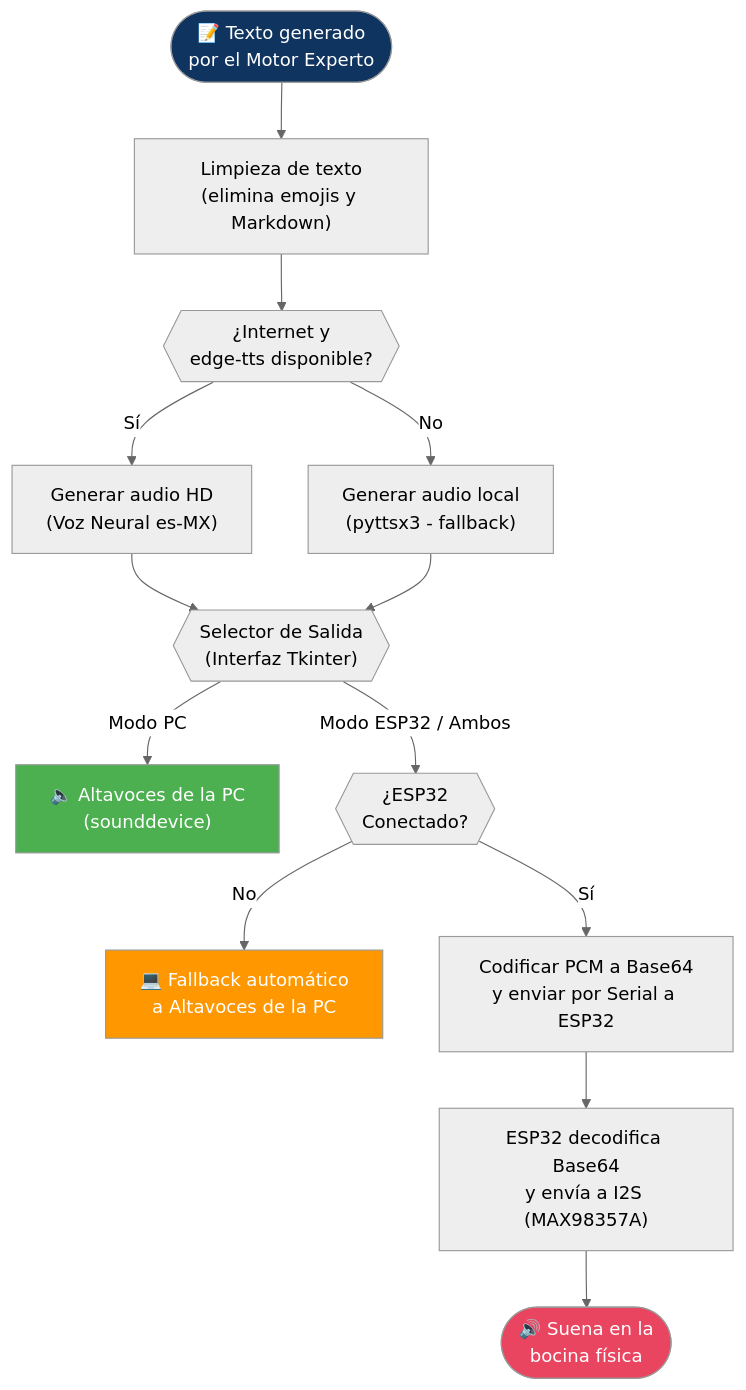
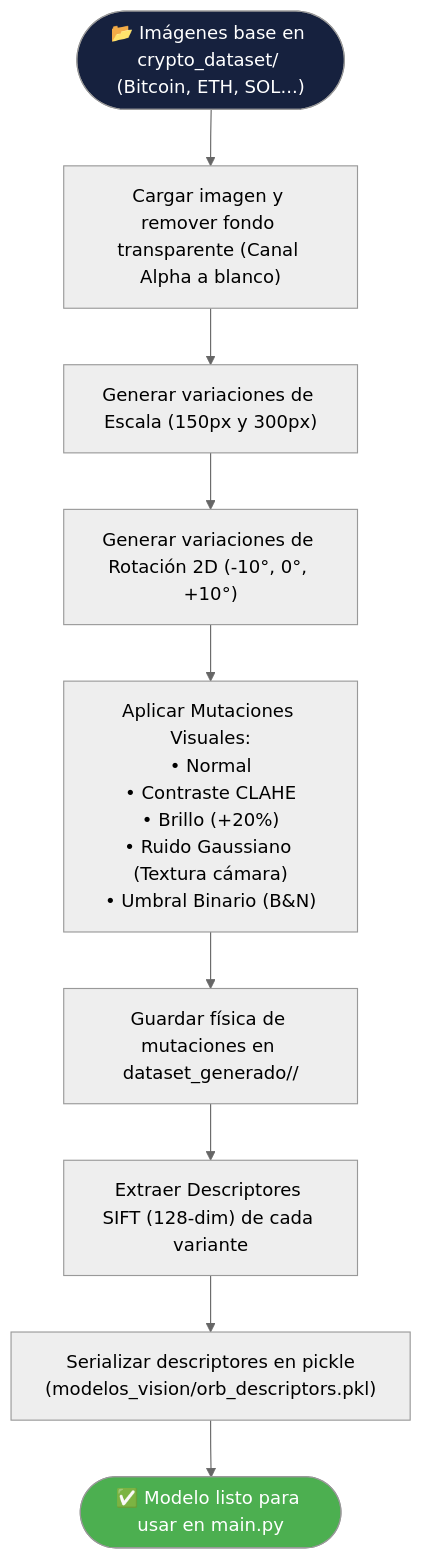
One commit to Daniel-Macias-hub/Asistente-Financiero-Experto changed the third of 5 diagrams in README.md. Above: the diagram before and after it, drawn with Mermaid (neutral theme). The commit also changed other lines of this file, not shown here.

````diff
--- a/README.md
+++ b/README.md
@@ -126,28 +127,17 @@
 ```mermaid
 flowchart TD
-    A(["📝 Texto generado\npor el Motor Experto"])
-    B["Limpieza de texto\n(elimina emojis y Markdown)"]
-    C{{"¿Internet y\nedge-tts disponible?"}}
-    D["Generar audio HD\n(Voz Neural es-MX)"]
-    E["Generar audio local\n(pyttsx3 - fallback)"]
-    F{{"Selector de Salida\n(Interfaz Tkinter)"}}
-    G["🔈 Altavoces de la PC\n(sounddevice)"]
-    H{{"¿ESP32\nConectado?"}}
-    I["💻 Fallback automático\na Altavoces de la PC"]
-    J["Codificar PCM a Base64\ny enviar por Serial a ESP32"]
-    K["ESP32 decodifica Base64\ny envía a I2S (MAX98357A)"]
-    L(["🔊 Suena en la\nbocina física"])
+    A(["📂 Imágenes base en crypto_dataset/ (Bitcoin, ETH, SOL...)"])
+    B["Cargar imagen y remover fondo transparente (Canal Alpha a blanco)"]
+    C["Generar variaciones de Escala (150px y 300px)"]
+    D["Generar variaciones de Rotación 2D (-10°, 0°, +10°)"]
+    E["Aplicar Mutaciones Visuales:\n• Normal\n• Contraste CLAHE\n• Brillo (+20%)\n• Ruido Gaussiano (Textura cámara)\n• Umbral Binario (B&N)"]
+    F["Guardar física de mutaciones en dataset_generado/<clase>/"]
+    G["Extraer Descriptores SIFT (128-dim) de cada variante"]
+    H["Serializar descriptores en pickle\n(modelos_vision/orb_descriptors.pkl)"]
+    I(["✅ Modelo listo para usar en main.py"])
 
-    A --> B --> C
-    C -->|"Sí"| D --> F
-    C -->|"No"| E --> F
-    F -->|"Modo PC"| G
-    F -->|"Modo ESP32 / Ambos"| H
-    H -->|"No"| I
-    H -->|"Sí"| J --> K --> L
+    A --> B --> C --> D --> E --> F --> G --> H --> I
 
-    style A fill:#0f3460,color:#fff
-    style G fill:#4caf50,color:#fff
-    style L fill:#e94560,color:#fff
-    style I fill:#ff9800,color:#fff
+    style A fill:#16213e,color:#fff
+    style I fill:#4caf50,color:#fff
 ```
````
